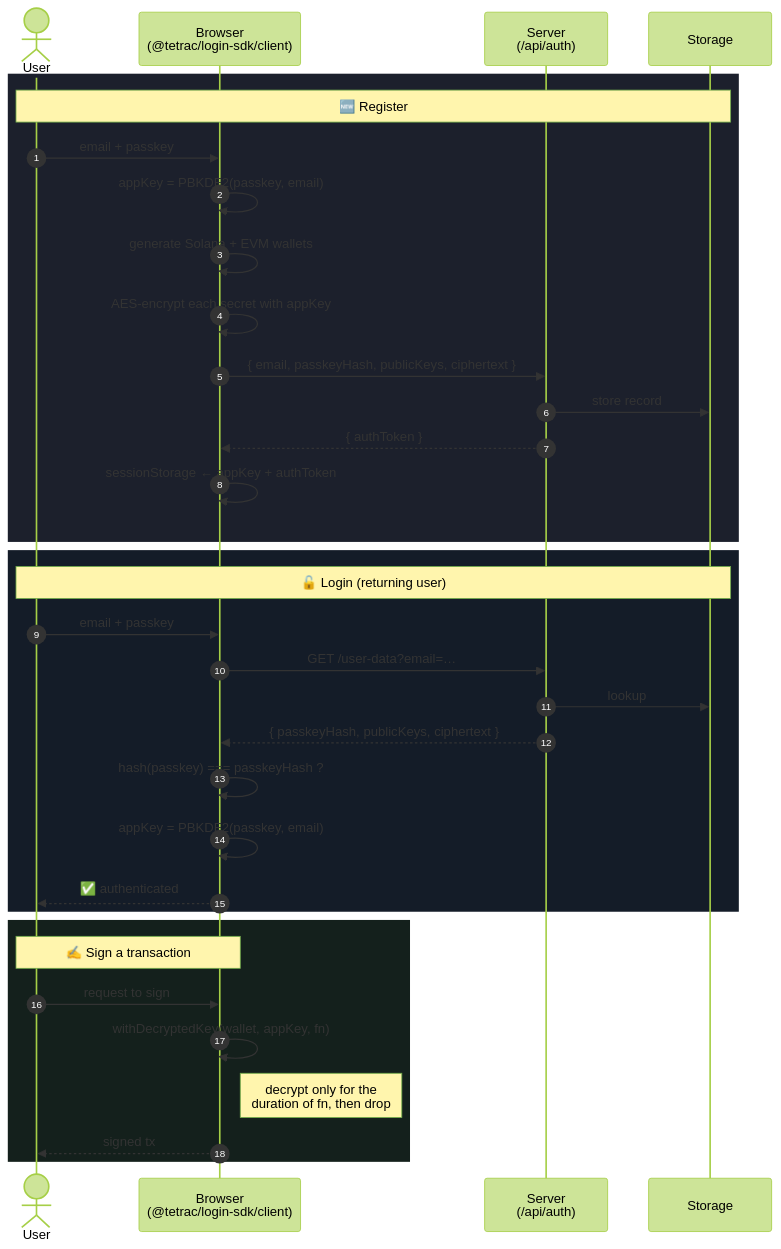
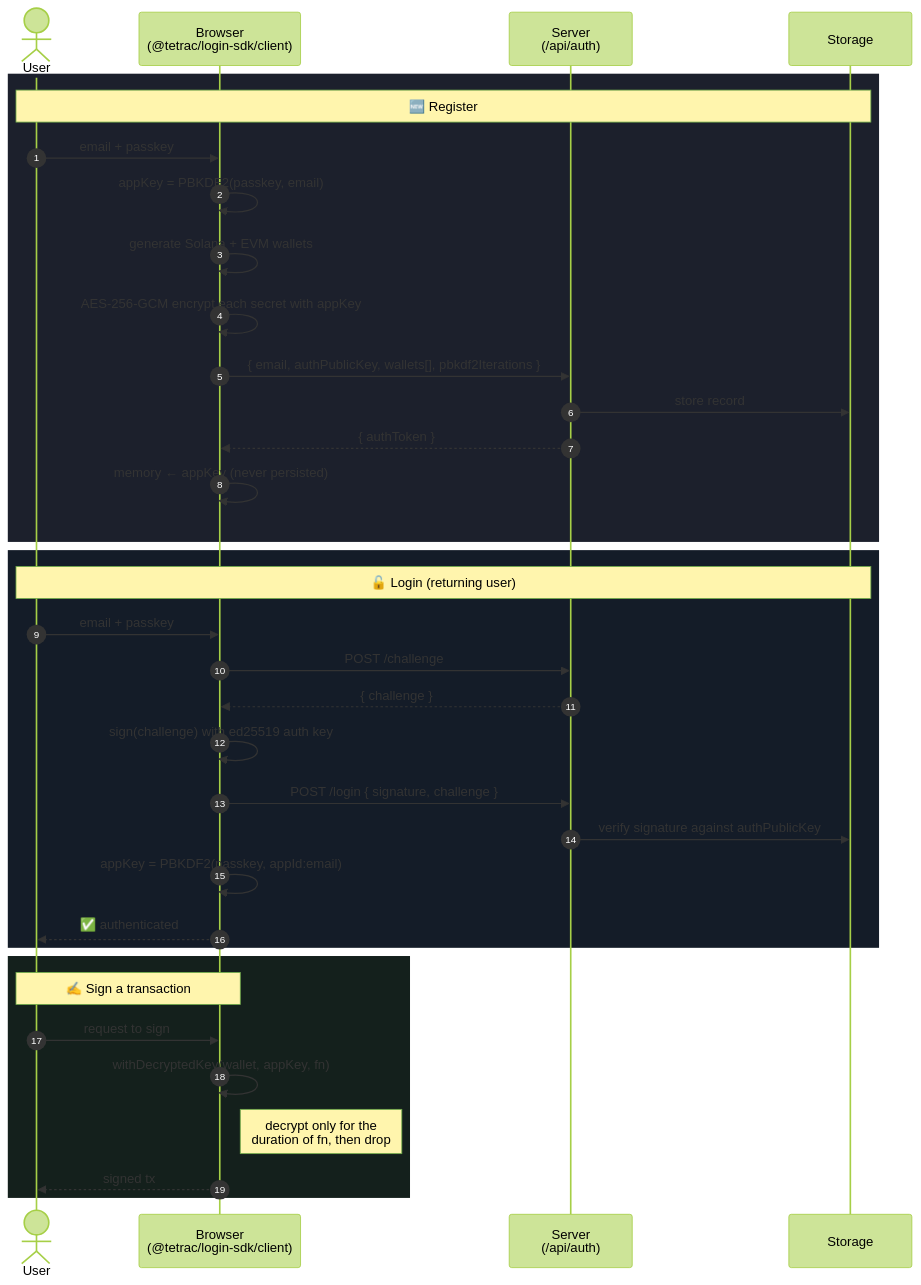
One commit to tetrac-official/tetrac-login-sdk-demo changed the third of 3 diagrams in README.md. Above: the diagram before and after it, drawn with Mermaid (forest theme). The commit also changed other lines of this file and 14 other files, not shown here.

````diff
--- a/README.md
+++ b/README.md
@@ -157,39 +159,40 @@
 ```mermaid
 sequenceDiagram
   autonumber
   actor U as User
   participant B as Browser<br/>(@tetrac/login-sdk/client)
   participant S as Server<br/>(/api/auth)
   participant DB as Storage
 
   rect rgb(28,32,44)
   Note over U,DB: 🆕 Register
   U->>B: email + passkey
   B->>B: appKey = PBKDF2(passkey, email)
   B->>B: generate Solana + EVM wallets
-  B->>B: AES-encrypt each secret with appKey
-  B->>S: { email, passkeyHash, publicKeys, ciphertext }
+  B->>B: AES-256-GCM encrypt each secret with appKey
+  B->>S: { email, authPublicKey, wallets[], pbkdf2Iterations }
   S->>DB: store record
   S-->>B: { authToken }
-  B->>B: sessionStorage ← appKey + authToken
+  B->>B: memory ← appKey (never persisted)
   end
 
   rect rgb(20,28,40)
   Note over U,DB: 🔓 Login (returning user)
   U->>B: email + passkey
-  B->>S: GET /user-data?email=…
-  S->>DB: lookup
-  S-->>B: { passkeyHash, publicKeys, ciphertext }
-  B->>B: hash(passkey) === passkeyHash ?
-  B->>B: appKey = PBKDF2(passkey, email)
+  B->>S: POST /challenge
+  S-->>B: { challenge }
+  B->>B: sign(challenge) with ed25519 auth key
+  B->>S: POST /login { signature, challenge }
+  S->>DB: verify signature against authPublicKey
+  B->>B: appKey = PBKDF2(passkey, appId:email)
   B-->>U: ✅ authenticated
   end
 
   rect rgb(20,32,28)
   Note over U,B: ✍️ Sign a transaction
   U->>B: request to sign
   B->>B: withDecryptedKey(wallet, appKey, fn)
   Note right of B: decrypt only for the<br/>duration of fn, then drop
   B-->>U: signed tx
   end
 ```
````
